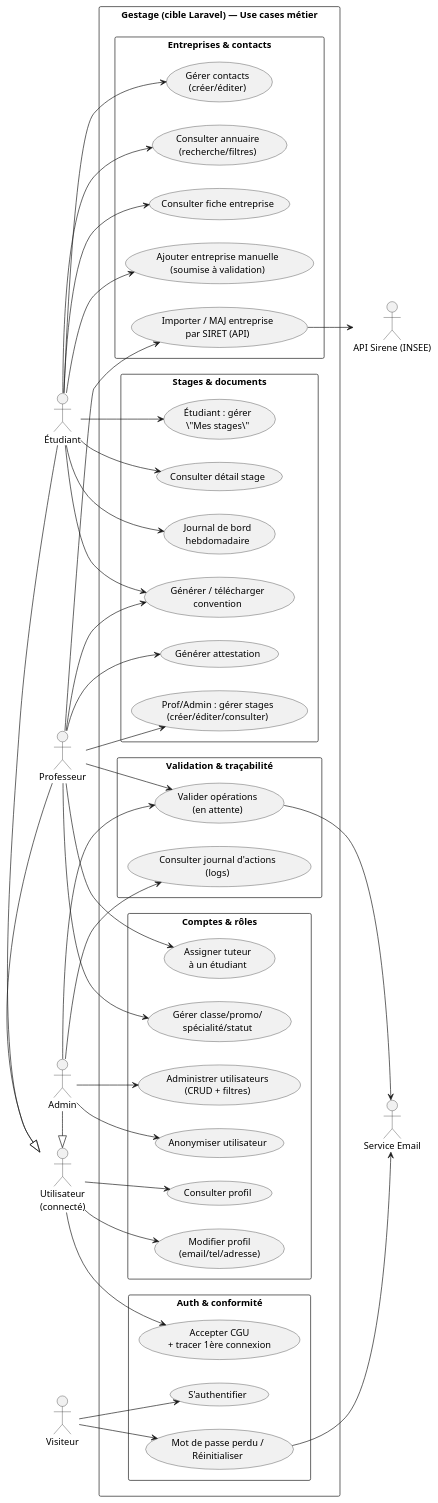
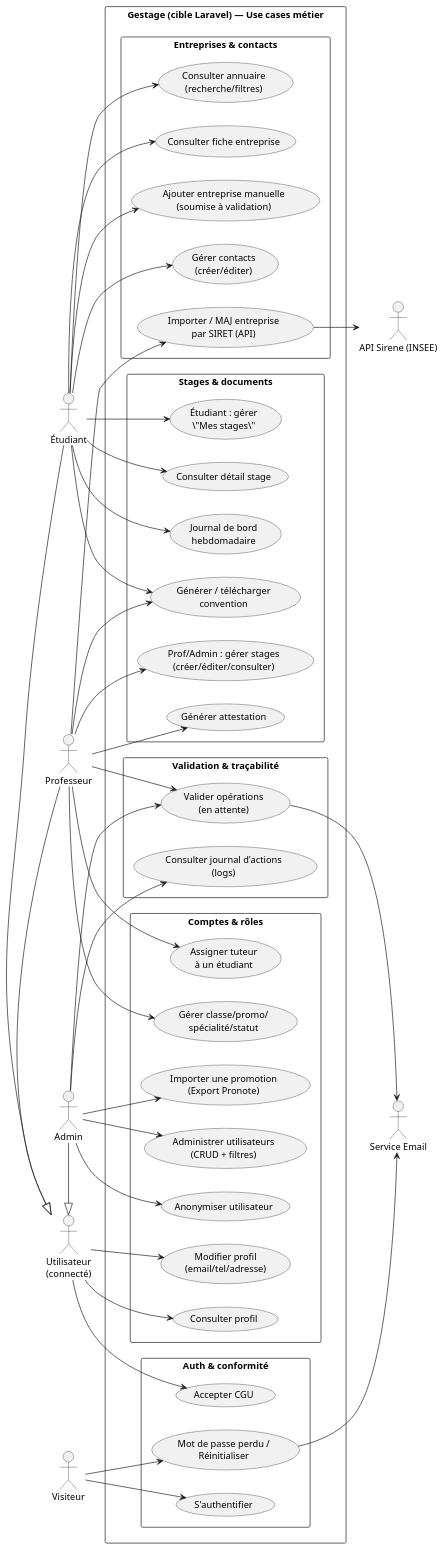
Before and after one commit to ornech/gestage_laravel: the diagram in usecase.md, drawn with PlantUML. The commit also changed other lines of this file, not shown here.

Commit message:
Update use case diagram and image references

````diff
--- a/usecase.md
+++ b/usecase.md
@@ -23,7 +23,7 @@
   package "Auth & conformité" {
     usecase "S'authentifier" as UC_AUTH
     usecase "Mot de passe perdu /\nRéinitialiser" as UC_RESET
-    usecase "Accepter CGU\n+ tracer 1ère connexion" as UC_CGU
+    usecase "Accepter CGU" as UC_CGU
   }
 
   package "Comptes & rôles" {
@@ -33,6 +33,7 @@
     usecase "Anonymiser utilisateur" as UC_USER_ANON
     usecase "Assigner tuteur\nà un étudiant" as UC_TUTOR
     usecase "Gérer classe/promo/\nspécialité/statut" as UC_SCHOOLING
+    usecase "Importer une promotion\n(Export Pronote)" as UC_PRONOTE
   }
 
   package "Stages & documents" {
@@ -86,10 +87,10 @@
 ADM --> UC_USER_ANON
 ADM --> UC_AUDIT
 ADM --> UC_VALIDATE
+ADM --> UC_PRONOTE
 
 UC_COMP_API --> SIRENE
 UC_RESET --> MAIL
 UC_VALIDATE --> MAIL
-
 @enduml
 ```
````
